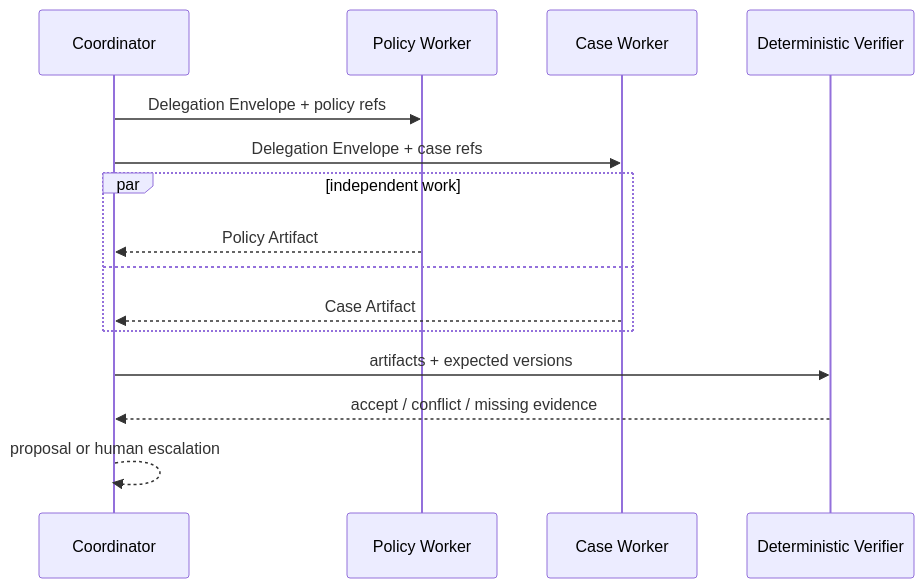
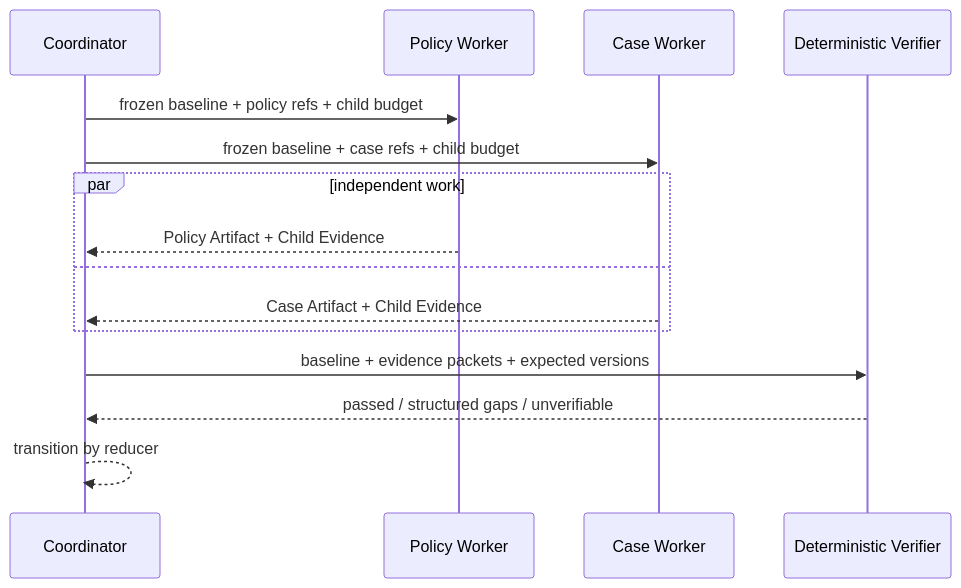
One commit to whatthehan/masterpiece-static-docs changed the third of 3 diagrams in site/05-模型接口与Agent内核/11-Multi-Agent协作状态与验证.md. Above: the diagram before and after it, drawn with Mermaid. The commit also changed other lines of this file and 125 other files, not shown here.

````diff
--- a/site/05-模型接口与Agent内核/11-Multi-Agent协作状态与验证.md
+++ b/site/05-模型接口与Agent内核/11-Multi-Agent协作状态与验证.md
@@ -257,17 +349,17 @@
 ```mermaid
 sequenceDiagram
     participant C as Coordinator
     participant P as Policy Worker
     participant F as Case Worker
     participant V as Deterministic Verifier
-    C->>P: Delegation Envelope + policy refs
-    C->>F: Delegation Envelope + case refs
+    C->>P: frozen baseline + policy refs + child budget
+    C->>F: frozen baseline + case refs + child budget
     par independent work
-      P-->>C: Policy Artifact
+      P-->>C: Policy Artifact + Child Evidence
     and
-      F-->>C: Case Artifact
+      F-->>C: Case Artifact + Child Evidence
     end
-    C->>V: artifacts + expected versions
-    V-->>C: accept / conflict / missing evidence
-    C-->>C: proposal or human escalation
+    C->>V: baseline + evidence packets + expected versions
+    V-->>C: passed / structured gaps / unverifiable
+    C-->>C: transition by reducer
 ```
````
